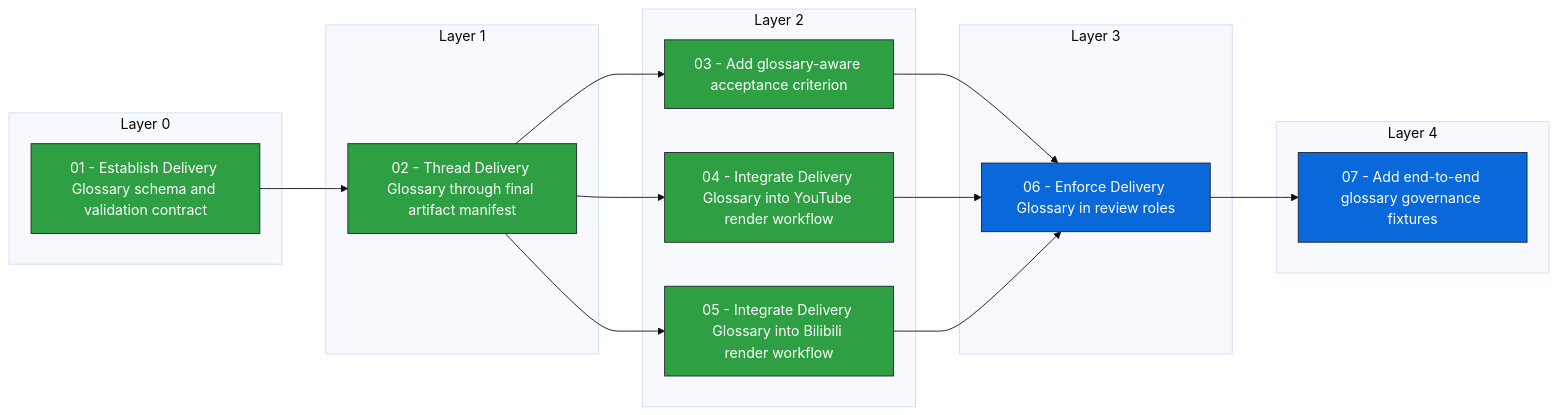
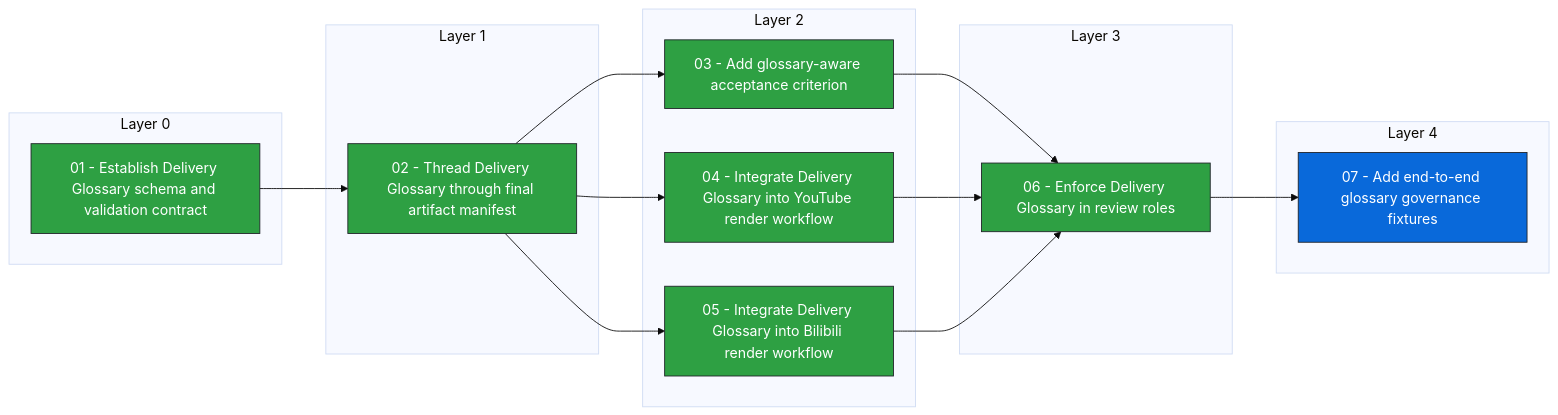
The diagram in docs/issues/_views/delivery-glossary-terminology-governance-dependencies.md (Nishijujuba/video2pdf), drawn with Mermaid (base theme) before and after one commit. The commit also changed other lines of this file and 8 other files, not shown here.

Commit message:
Enforce delivery glossary in review roles

````diff
--- a/docs/issues/_views/delivery-glossary-terminology-governance-dependencies.md
+++ b/docs/issues/_views/delivery-glossary-terminology-governance-dependencies.md
@@ -24,44 +24,44 @@
 ```mermaid
 flowchart LR
   subgraph layer_0["Layer 0"]
     n_01_establish_delivery_glossary_schema_and_validation_contract["01 - Establish Delivery Glossary schema and validation contract"]
   end
   subgraph layer_1["Layer 1"]
     n_02_thread_delivery_glossary_through_final_artifact_manifest["02 - Thread Delivery Glossary through final artifact manifest"]
   end
   subgraph layer_2["Layer 2"]
     n_03_add_glossary_aware_acceptance_criterion["03 - Add glossary-aware acceptance criterion"]
     n_04_integrate_delivery_glossary_into_youtube_render_workflow["04 - Integrate Delivery Glossary into YouTube render workflow"]
     n_05_integrate_delivery_glossary_into_bilibili_render_workflow["05 - Integrate Delivery Glossary into Bilibili render workflow"]
   end
   subgraph layer_3["Layer 3"]
     n_06_enforce_delivery_glossary_in_review_roles["06 - Enforce Delivery Glossary in review roles"]
   end
   subgraph layer_4["Layer 4"]
     n_07_add_end_to_end_glossary_governance_fixtures["07 - Add end-to-end glossary governance fixtures"]
   end
   n_01_establish_delivery_glossary_schema_and_validation_contract --> n_02_thread_delivery_glossary_through_final_artifact_manifest
   n_02_thread_delivery_glossary_through_final_artifact_manifest --> n_03_add_glossary_aware_acceptance_criterion
   n_02_thread_delivery_glossary_through_final_artifact_manifest --> n_04_integrate_delivery_glossary_into_youtube_render_workflow
   n_02_thread_delivery_glossary_through_final_artifact_manifest --> n_05_integrate_delivery_glossary_into_bilibili_render_workflow
   n_03_add_glossary_aware_acceptance_criterion --> n_06_enforce_delivery_glossary_in_review_roles
   n_04_integrate_delivery_glossary_into_youtube_render_workflow --> n_06_enforce_delivery_glossary_in_review_roles
   n_05_integrate_delivery_glossary_into_bilibili_render_workflow --> n_06_enforce_delivery_glossary_in_review_roles
   n_06_enforce_delivery_glossary_in_review_roles --> n_07_add_end_to_end_glossary_governance_fixtures
   class n_01_establish_delivery_glossary_schema_and_validation_contract done
   class n_02_thread_delivery_glossary_through_final_artifact_manifest done
   class n_03_add_glossary_aware_acceptance_criterion done
   class n_04_integrate_delivery_glossary_into_youtube_render_workflow done
   class n_05_integrate_delivery_glossary_into_bilibili_render_workflow done
-  class n_06_enforce_delivery_glossary_in_review_roles ready_for_agent
+  class n_06_enforce_delivery_glossary_in_review_roles done
   class n_07_add_end_to_end_glossary_governance_fixtures ready_for_agent
   classDef done fill:#2ea043,stroke:#1f2328,color:#ffffff
   classDef ready_for_agent fill:#0969da,stroke:#1f2328,color:#ffffff
   classDef ready_for_human fill:#8250df,stroke:#1f2328,color:#ffffff
   classDef in_progress fill:#d4a72c,stroke:#1f2328,color:#ffffff
   classDef blocked fill:#cf222e,stroke:#1f2328,color:#ffffff
   classDef in_review fill:#bc4c00,stroke:#1f2328,color:#ffffff
   classDef needs_info fill:#8c959f,stroke:#1f2328,color:#ffffff
   classDef needs_triage fill:#d0d7de,stroke:#1f2328,color:#ffffff
   classDef wontfix fill:#57606a,stroke:#1f2328,color:#ffffff
 ```
````
